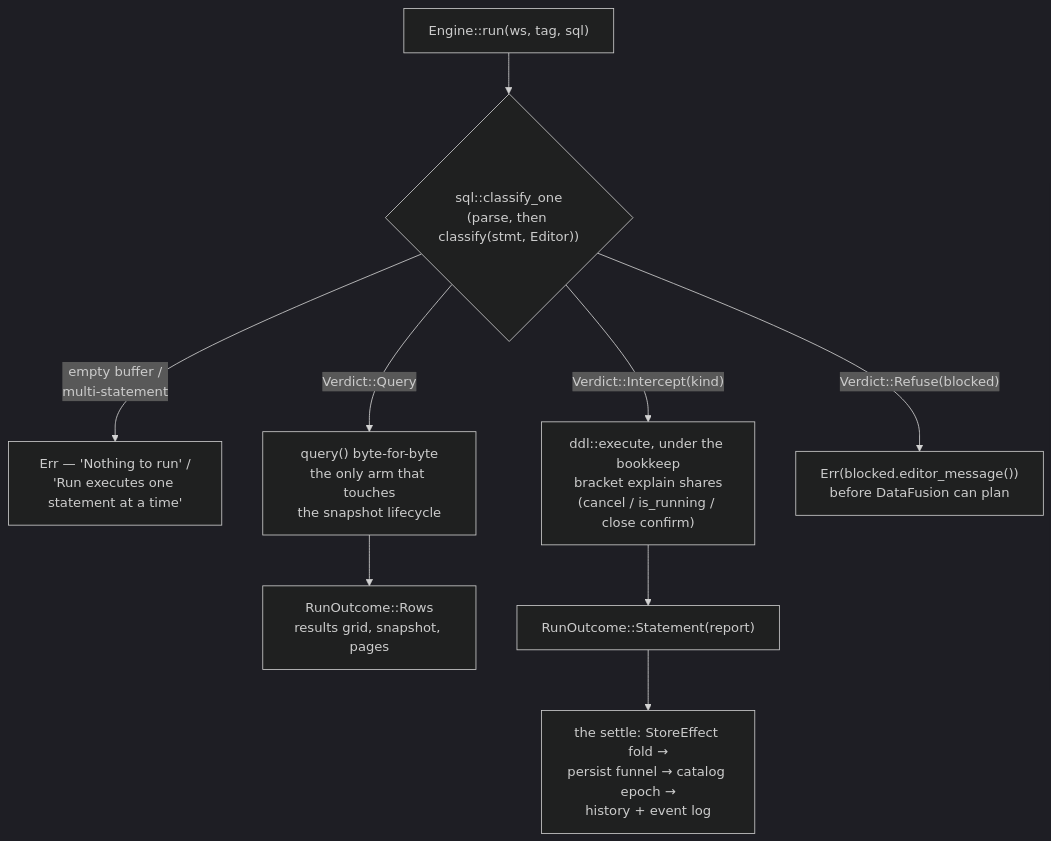
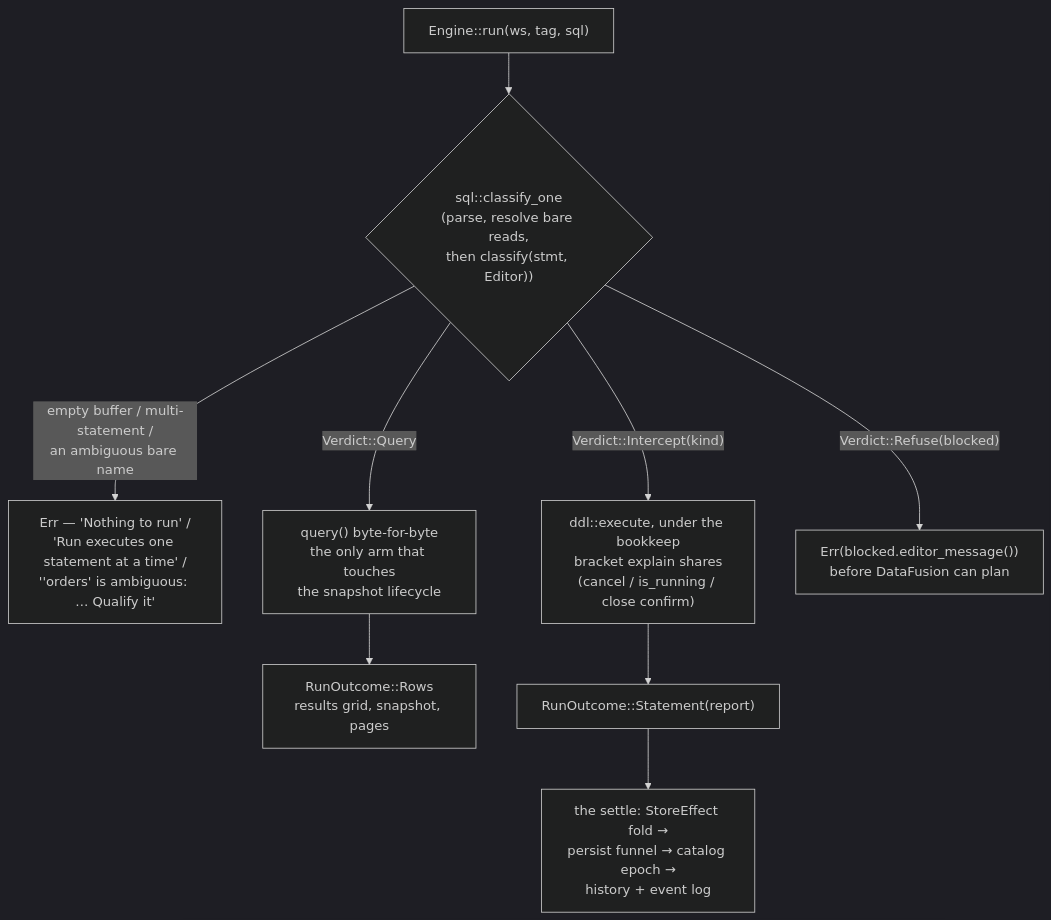
The diagram in docs/STATEMENTS_SPEC.md (alexparlett/strata), drawn with Mermaid (dark theme) before and after one commit. The commit also changed other lines of this file and 32 other files, not shown here.

````diff
--- a/docs/STATEMENTS_SPEC.md
+++ b/docs/STATEMENTS_SPEC.md
@@ -13,11 +13,11 @@
 ```mermaid
 flowchart TD
-    RUN["Engine::run(ws, tag, sql)"] --> CLS{"sql::classify_one\n(parse, then classify(stmt, Editor))"}
-    CLS -- "empty buffer /\nmulti-statement" --> ERR1["Err — 'Nothing to run' /\n'Run executes one statement at a time'"]
+    RUN["Engine::run(ws, tag, sql)"] --> CLS{"sql::classify_one\n(parse, resolve bare reads,\nthen classify(stmt, Editor))"}
+    CLS -- "empty buffer / multi-statement /\nan ambiguous bare name" --> ERR1["Err — 'Nothing to run' /\n'Run executes one statement at a time' /\n''orders' is ambiguous: … Qualify it'"]
     CLS -- "Verdict::Query" --> Q["query() byte-for-byte\nthe only arm that touches\nthe snapshot lifecycle"]
     CLS -- "Verdict::Intercept(kind)" --> DDL["ddl::execute, under the bookkeep\nbracket explain shares\n(cancel / is_running / close confirm)"]
     CLS -- "Verdict::Refuse(blocked)" --> ERR2["Err(blocked.editor_message())\nbefore DataFusion can plan"]
     Q --> ROWS["RunOutcome::Rows\nresults grid, snapshot, pages"]
     DDL --> REP["RunOutcome::Statement(report)"]
     REP --> SETTLE["the settle: StoreEffect fold →\npersist funnel → catalog epoch →\nhistory + event log"]
 ```
````
